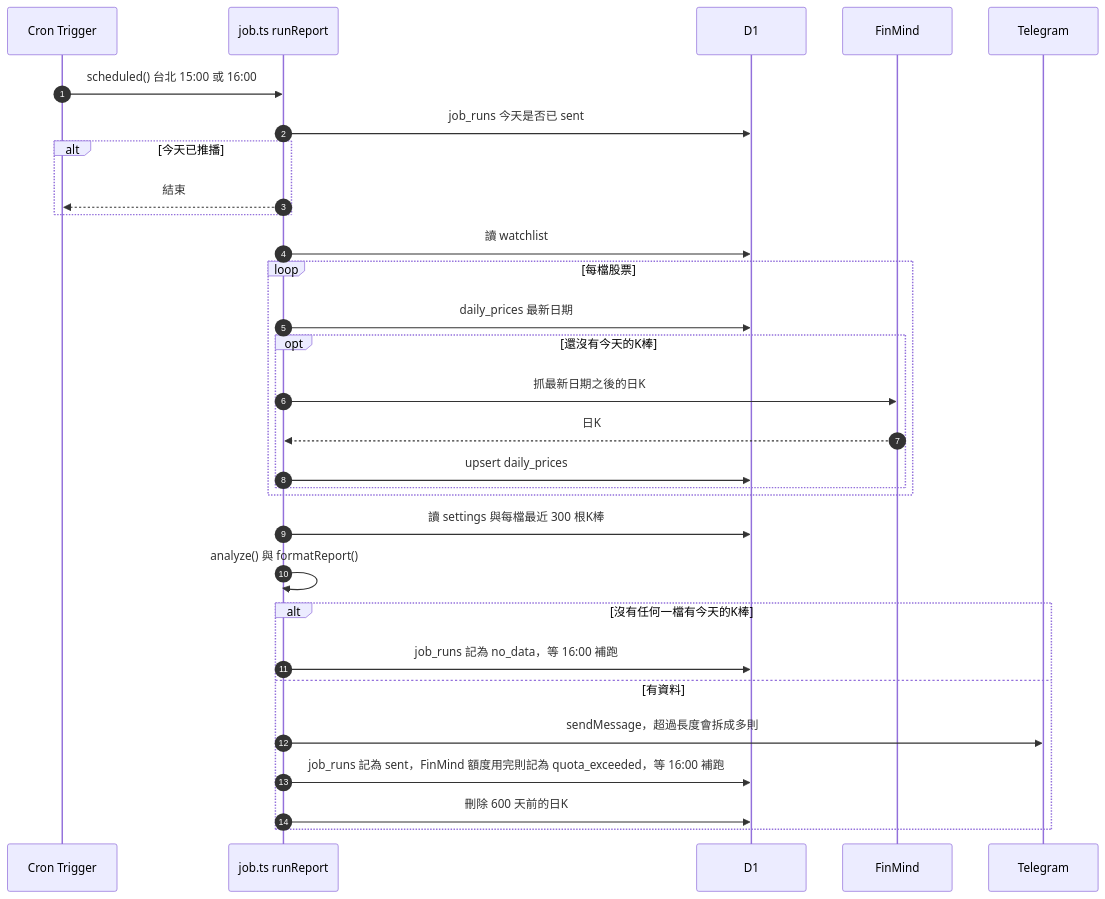
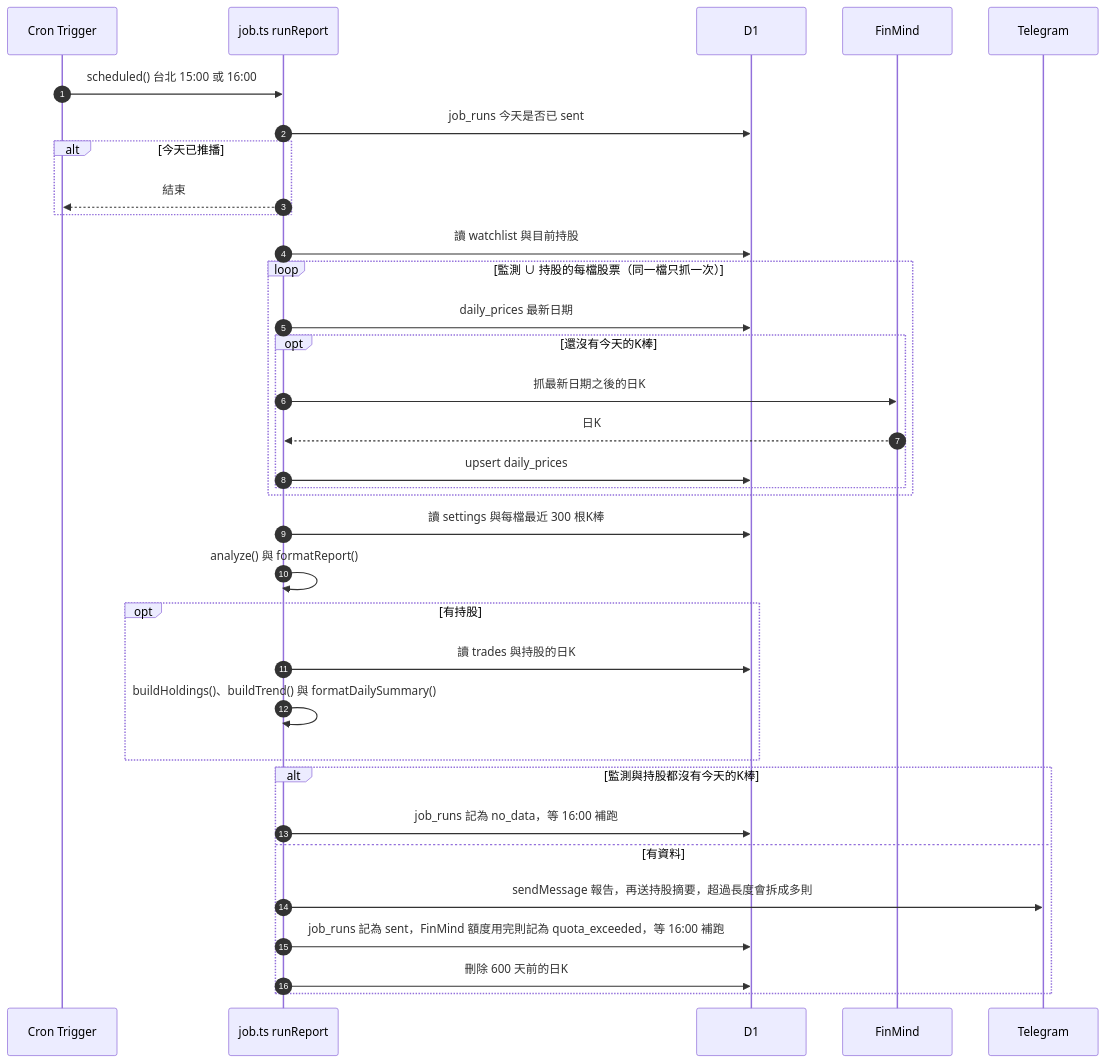
Before and after one commit to Ja7423/stock-tw-monitor: the third of 7 diagrams in doc/architecture.md, drawn with Mermaid. The commit also changed other lines of this file and 4 other files, not shown here.

````diff
--- a/doc/architecture.md
+++ b/doc/architecture.md
@@ -106,33 +127,37 @@
 ```mermaid
 sequenceDiagram
   autonumber
   participant Cron as Cron Trigger
   participant Job as job.ts runReport
   participant DB as D1
   participant FM as FinMind
   participant TG as Telegram
 
   Cron->>Job: scheduled() 台北 15:00 或 16:00
   Job->>DB: job_runs 今天是否已 sent
   alt 今天已推播
     Job-->>Cron: 結束
   end
-  Job->>DB: 讀 watchlist
-  loop 每檔股票
+  Job->>DB: 讀 watchlist 與目前持股
+  loop 監測 ∪ 持股的每檔股票（同一檔只抓一次）
     Job->>DB: daily_prices 最新日期
     opt 還沒有今天的K棒
       Job->>FM: 抓最新日期之後的日K
       FM-->>Job: 日K
       Job->>DB: upsert daily_prices
     end
   end
   Job->>DB: 讀 settings 與每檔最近 300 根K棒
   Job->>Job: analyze() 與 formatReport()
-  alt 沒有任何一檔有今天的K棒
+  opt 有持股
+    Job->>DB: 讀 trades 與持股的日K
+    Job->>Job: buildHoldings()、buildTrend() 與 formatDailySummary()
+  end
+  alt 監測與持股都沒有今天的K棒
     Job->>DB: job_runs 記為 no_data，等 16:00 補跑
   else 有資料
-    Job->>TG: sendMessage，超過長度會拆成多則
+    Job->>TG: sendMessage 報告，再送持股摘要，超過長度會拆成多則
     Job->>DB: job_runs 記為 sent，FinMind 額度用完則記為 quota_exceeded，等 16:00 補跑
     Job->>DB: 刪除 600 天前的日K
   end
 ```
````
